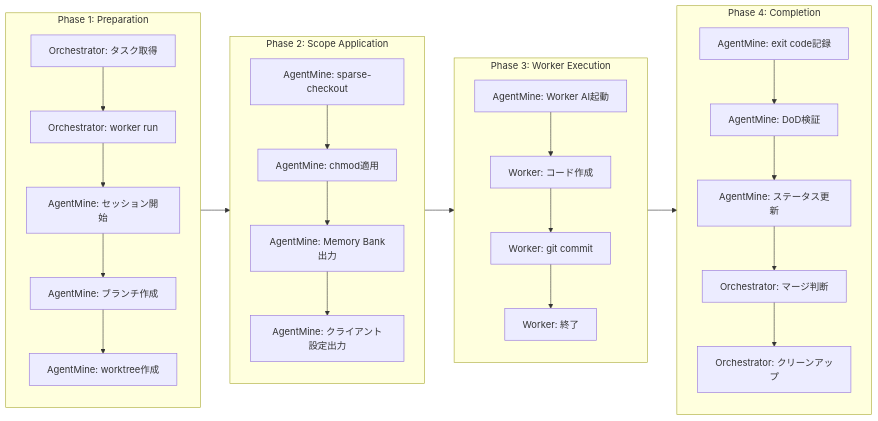
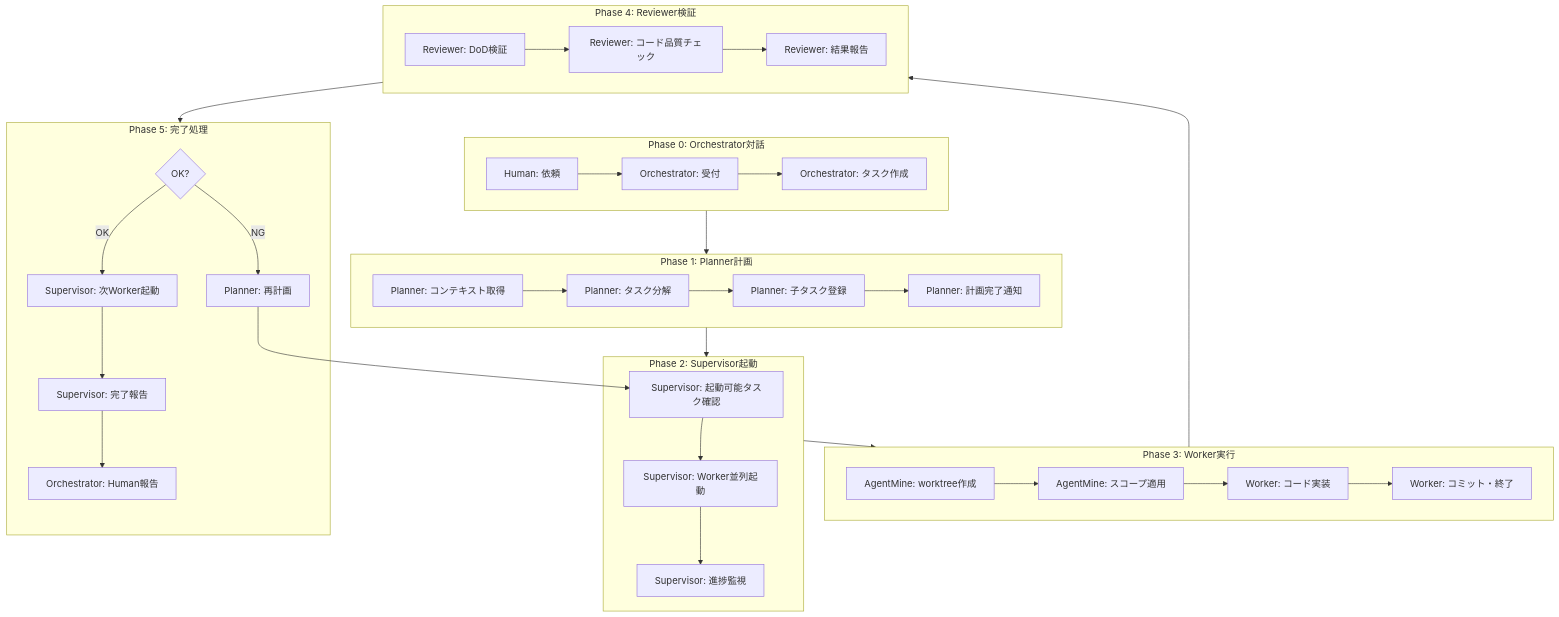
Before and after one commit to krtw00/agentmine: the first of 2 diagrams in docs/07-runtime/worker-lifecycle.md, drawn with Mermaid. The commit also changed other lines of this file and 7 other files, not shown here.

````diff
--- a/docs/07-runtime/worker-lifecycle.md
+++ b/docs/07-runtime/worker-lifecycle.md
@@ -18,42 +21,53 @@
 ```mermaid
-flowchart LR
-    subgraph Phase1["Phase 1: Preparation"]
-        direction TB
-        P1[Orchestrator: タスク取得]
-        P2[Orchestrator: worker run]
-        P3[AgentMine: セッション開始]
-        P4[AgentMine: ブランチ作成]
-        P5[AgentMine: worktree作成]
-        P1 --> P2 --> P3 --> P4 --> P5
+flowchart TB
+    subgraph Phase0["Phase 0: Orchestrator対話"]
+        O1[Human: 依頼]
+        O2[Orchestrator: 受付]
+        O3[Orchestrator: タスク作成]
+        O1 --> O2 --> O3
     end
 
-    subgraph Phase2["Phase 2: Scope Application"]
-        direction TB
-        S1[AgentMine: sparse-checkout]
-        S2[AgentMine: chmod適用]
-        S3[AgentMine: Memory Bank出力]
-        S4[AgentMine: クライアント設定出力]
-        S1 --> S2 --> S3 --> S4
+    subgraph Phase1["Phase 1: Planner計画"]
+        P1[Planner: コンテキスト取得]
+        P2[Planner: タスク分解]
+        P3[Planner: 子タスク登録]
+        P4[Planner: 計画完了通知]
+        P1 --> P2 --> P3 --> P4
     end
 
-    subgraph Phase3["Phase 3: Worker Execution"]
-        direction TB
-        W1[AgentMine: Worker AI起動]
-        W2[Worker: コード作成]
-        W3[Worker: git commit]
-        W4[Worker: 終了]
+    subgraph Phase2["Phase 2: Supervisor起動"]
+        S1[Supervisor: 起動可能タスク確認]
+        S2[Supervisor: Worker並列起動]
+        S3[Supervisor: 進捗監視]
+        S1 --> S2 --> S3
+    end
+
+    subgraph Phase3["Phase 3: Worker実行"]
+        W1[AgentMine: worktree作成]
+        W2[AgentMine: スコープ適用]
+        W3[Worker: コード実装]
+        W4[Worker: コミット・終了]
         W1 --> W2 --> W3 --> W4
     end
 
-    subgraph Phase4["Phase 4: Completion"]
-        direction TB
-        C1[AgentMine: exit code記録]
-        C2[AgentMine: DoD検証]
-        C3[AgentMine: ステータス更新]
-        C4[Orchestrator: マージ判断]
-        C5[Orchestrator: クリーンアップ]
-        C1 --> C2 --> C3 --> C4 --> C5
+    subgraph Phase4["Phase 4: Reviewer検証"]
+        R1[Reviewer: DoD検証]
+        R2[Reviewer: コード品質チェック]
+        R3[Reviewer: 結果報告]
+        R1 --> R2 --> R3
     end
 
-    Phase1 --> Phase2 --> Phase3 --> Phase4
+    subgraph Phase5["Phase 5: 完了処理"]
+        C1{OK?}
+        C2[Supervisor: 次Worker起動]
+        C3[Planner: 再計画]
+        C4[Supervisor: 完了報告]
+        C5[Orchestrator: Human報告]
+        C1 -->|OK| C2
+        C1 -->|NG| C3
+        C3 --> S1
+        C2 --> C4 --> C5
+    end
+
+    Phase0 --> Phase1 --> Phase2 --> Phase3 --> Phase4 --> Phase5
 ```
````
